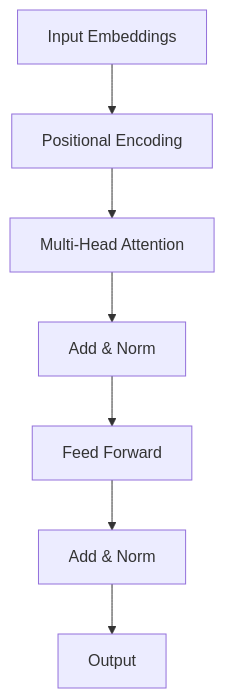
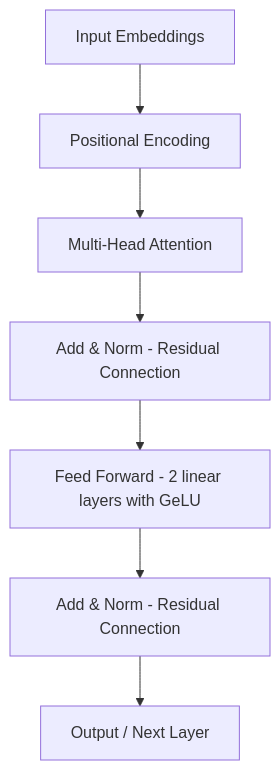
One commit to devweekends/docs changed the second of 3 diagrams in resources/interview-questions/ai-engineer-interview-qs.mdx. Above: the diagram before and after it, drawn with Mermaid. The commit also changed other lines of this file and 899 other files, not shown here.

````diff
--- a/resources/interview-questions/ai-engineer-interview-qs.mdx
+++ b/resources/interview-questions/ai-engineer-interview-qs.mdx
@@ -353,9 +754,9 @@
 ```mermaid
 graph TD
     A[Input Embeddings] --> B[Positional Encoding]
     B --> C[Multi-Head Attention]
-    C --> D[Add & Norm]
-    D --> E[Feed Forward]
-    E --> F[Add & Norm]
-    F --> G[Output]
+    C --> D[Add & Norm - Residual Connection]
+    D --> E[Feed Forward - 2 linear layers with GeLU]
+    E --> F[Add & Norm - Residual Connection]
+    F --> G[Output / Next Layer]
 ```
````
